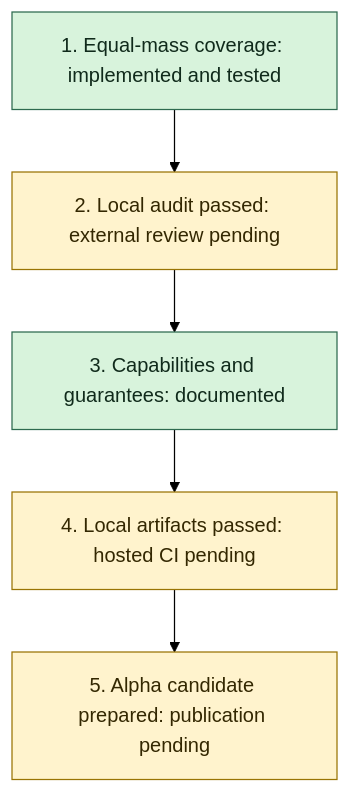
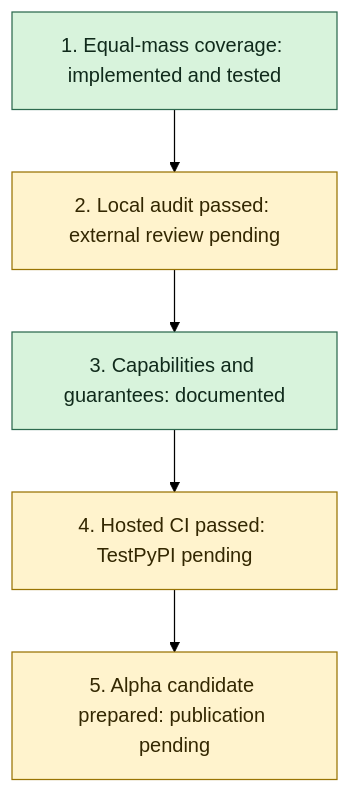
Before and after one commit to reetanshuh1998/Ramanujan_master_theorem: the diagram in docs/RELEASE_PLAN.md, drawn with Mermaid (forest theme). The commit also changed other lines of this file and 5 other files, not shown here.

````diff
--- a/docs/RELEASE_PLAN.md
+++ b/docs/RELEASE_PLAN.md
@@ -6,13 +6,13 @@
 ```mermaid
 flowchart TD
     A[1. Equal-mass coverage: implemented and tested]
     B[2. Local audit passed: external review pending]
     C[3. Capabilities and guarantees: documented]
-    D[4. Local artifacts passed: hosted CI pending]
+    D[4. Hosted CI passed: TestPyPI pending]
     E[5. Alpha candidate prepared: publication pending]
     A --> B --> C --> D --> E
     classDef ready fill:#d8f3dc,stroke:#2d6a4f,color:#102a1b
     classDef pending fill:#fff3cd,stroke:#997404,color:#332701
     class A,C ready
     class B,D,E pending
 ```
````
